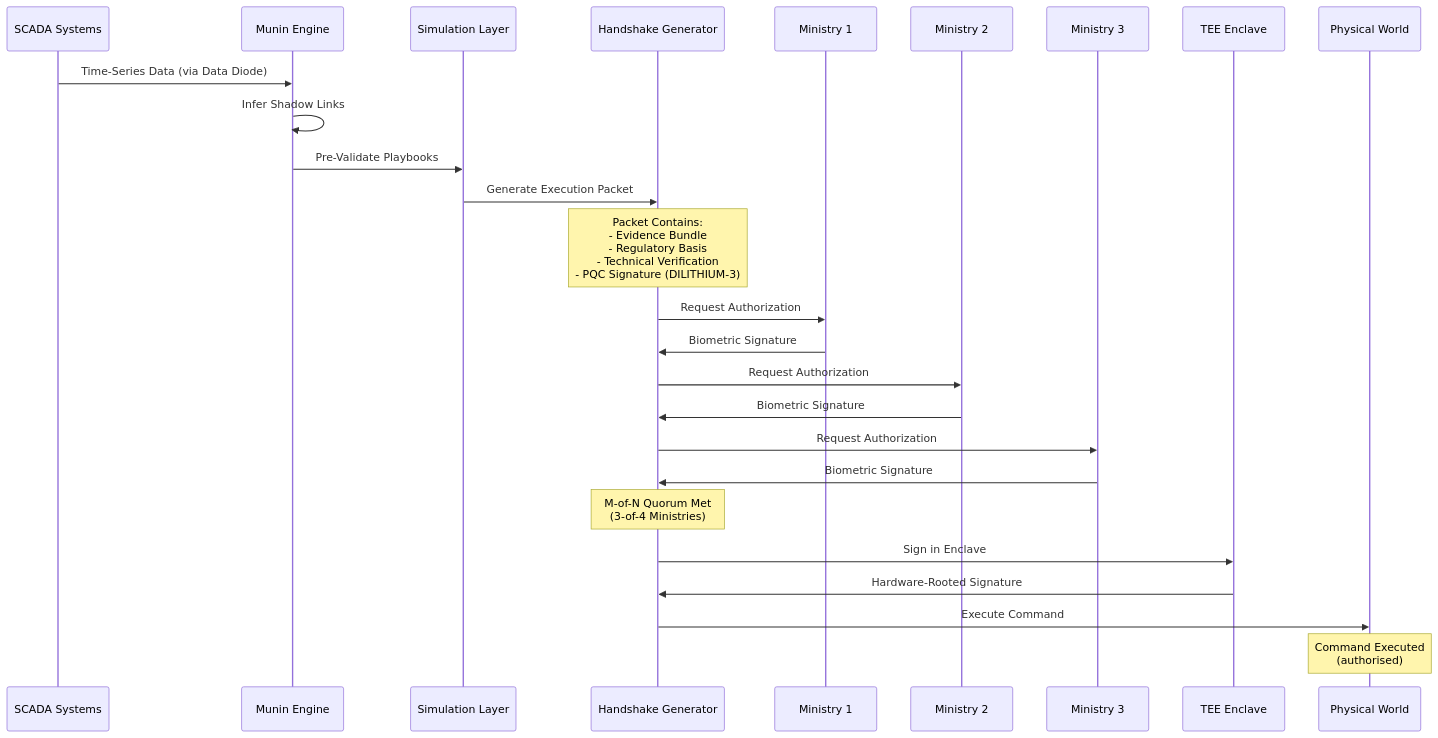
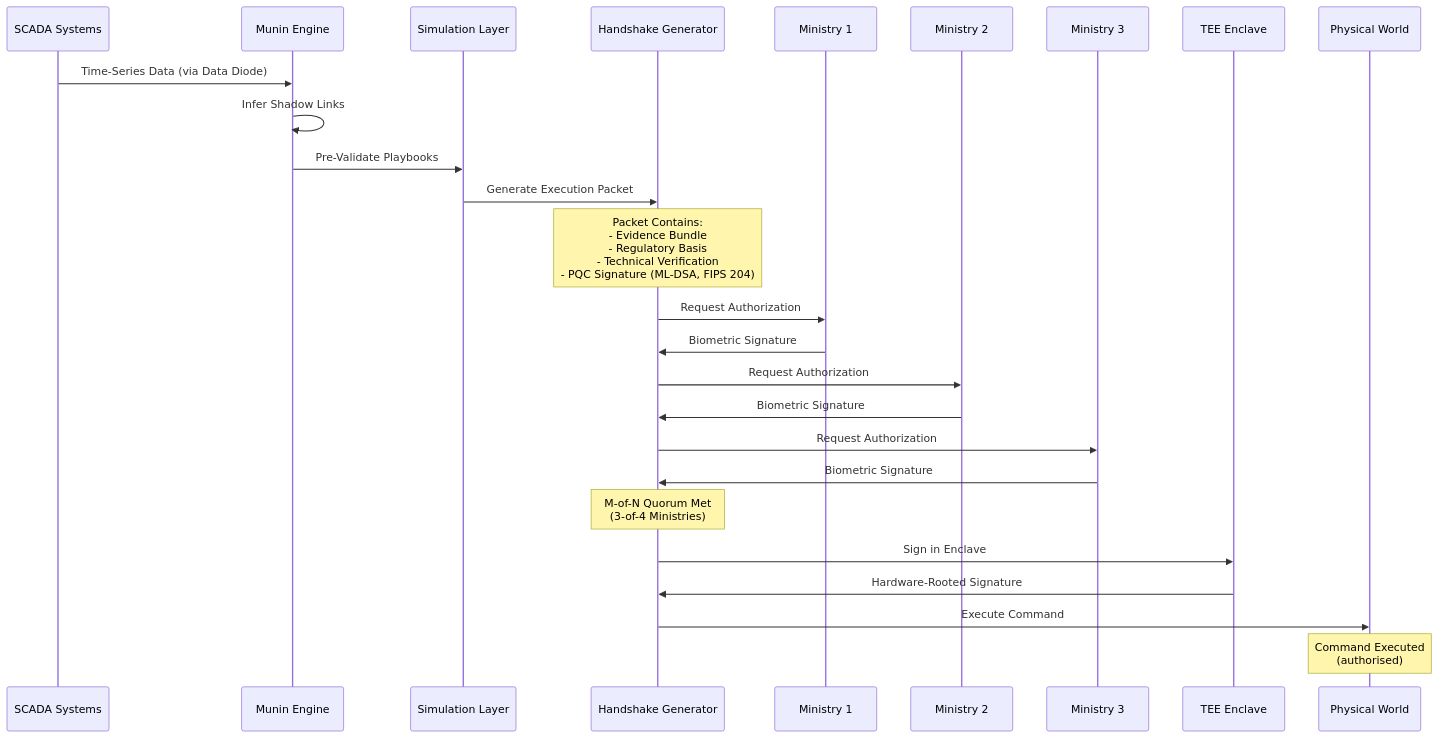
One commit to jacobsprake/munin changed the second of 3 diagrams in README.md. Above: the diagram before and after it, drawn with Mermaid. The commit also changed other lines of this file and 14 other files, not shown here.

````diff
--- a/README.md
+++ b/README.md
@@ -149,34 +172,34 @@
 ```mermaid
 sequenceDiagram
     participant SCADA as SCADA Systems
     participant Munin as Munin Engine
     participant Sim as Simulation Layer
     participant Handshake as Handshake Generator
     participant Ministry1 as Ministry 1
     participant Ministry2 as Ministry 2
     participant Ministry3 as Ministry 3
     participant TEE as TEE Enclave
     participant Physical as Physical World
 
     SCADA->>Munin: Time-Series Data (via Data Diode)
     Munin->>Munin: Infer Shadow Links
     Munin->>Sim: Pre-Validate Playbooks
     Sim->>Handshake: Generate Execution Packet
     
-    Note over Handshake: Packet Contains:<br/>- Evidence Bundle<br/>- Regulatory Basis<br/>- Technical Verification<br/>- PQC Signature (DILITHIUM-3)
+    Note over Handshake: Packet Contains:<br/>- Evidence Bundle<br/>- Regulatory Basis<br/>- Technical Verification<br/>- PQC Signature (ML-DSA, FIPS 204)
     
     Handshake->>Ministry1: Request Authorization
     Ministry1->>Handshake: Biometric Signature
     Handshake->>Ministry2: Request Authorization
     Ministry2->>Handshake: Biometric Signature
     Handshake->>Ministry3: Request Authorization
     Ministry3->>Handshake: Biometric Signature
     
     Note over Handshake: M-of-N Quorum Met<br/>(3-of-4 Ministries)
     
     Handshake->>TEE: Sign in Enclave
     TEE->>Handshake: Hardware-Rooted Signature
     Handshake->>Physical: Execute Command
     
     Note over Physical: Command Executed<br/>(authorised)
 ```
````
